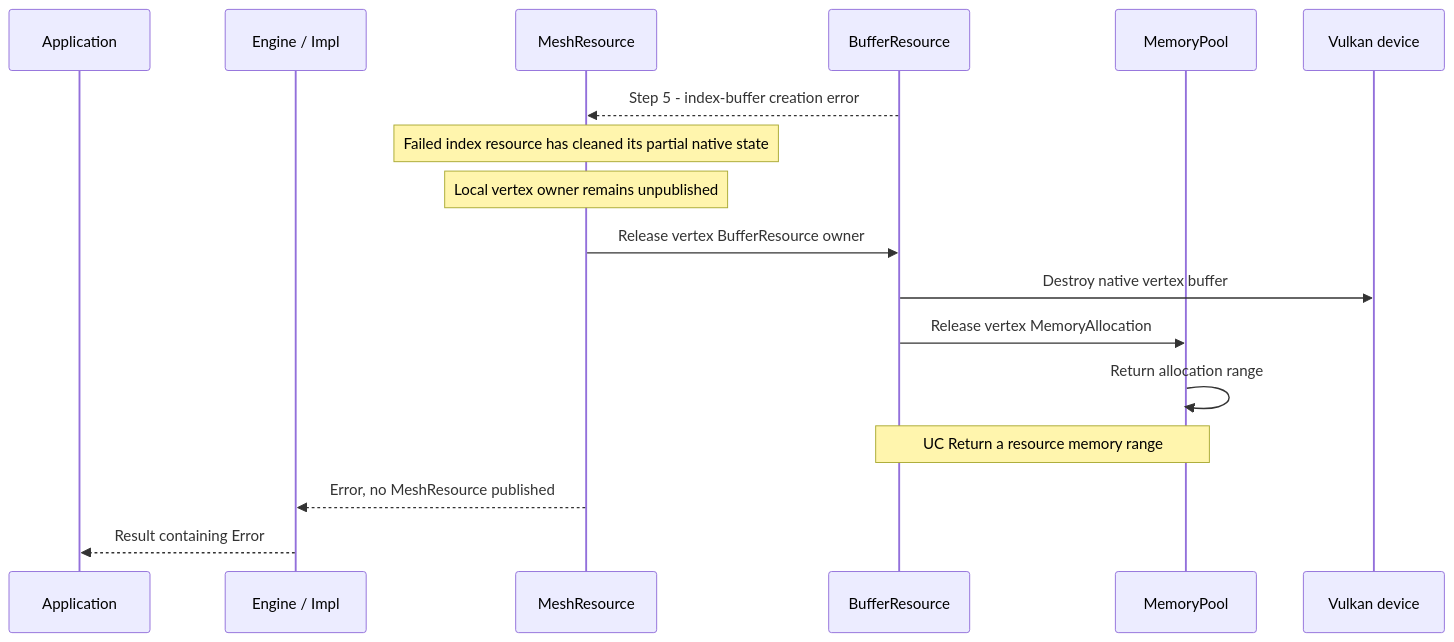
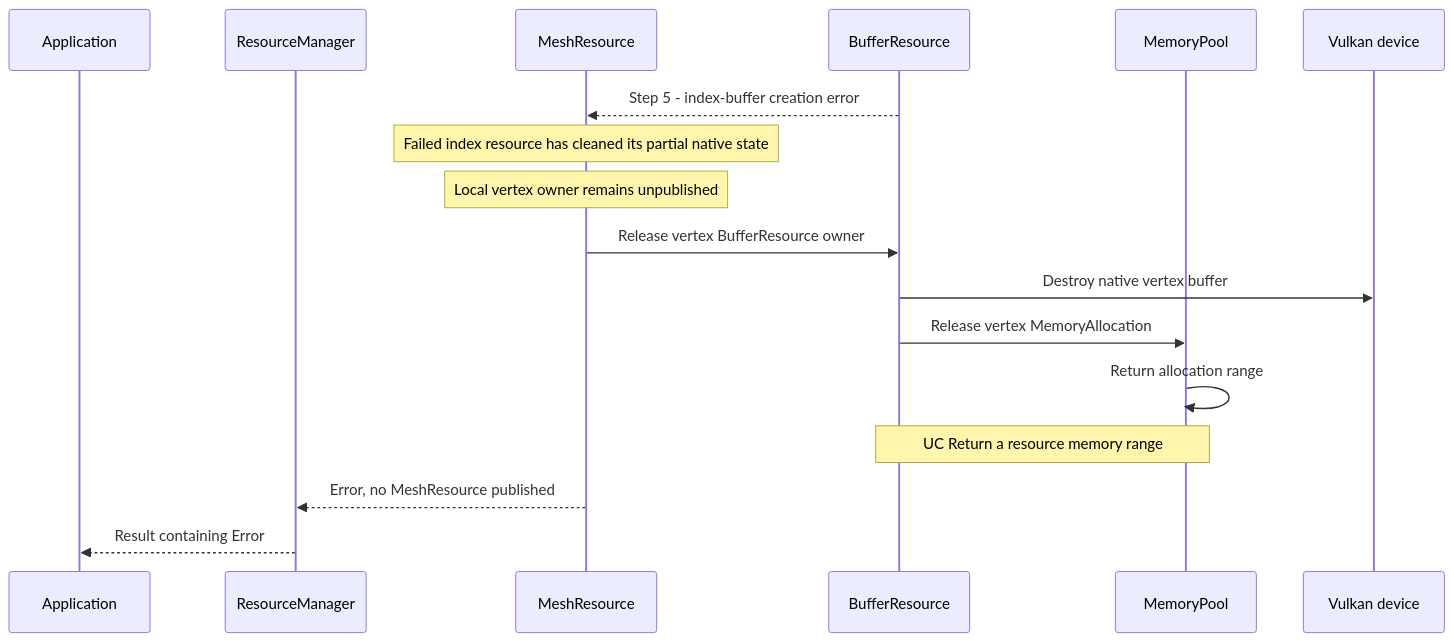
One commit to a-soltysik/Panda changed the second of 2 diagrams in docs/use-cases/create-mesh.md. Above: the diagram before and after it, drawn with Mermaid. The commit also changed other lines of this file and 22 other files, not shown here.

Commit message:
Remove resource and submission callbacks into Engine (#123)

````diff
--- a/docs/use-cases/create-mesh.md
+++ b/docs/use-cases/create-mesh.md
@@ -150,19 +148,19 @@
 ```mermaid
 sequenceDiagram
     participant A as Application
-    participant C as Engine / Impl
+    participant C as ResourceManager
     participant M as MeshResource
     participant B as BufferResource
     participant P as MemoryPool
     participant V as Vulkan device
     B -->> M: Step 5 - index-buffer creation error
     Note over M: Failed index resource has cleaned its partial native state
     Note over M: Local vertex owner remains unpublished
     M ->> B: Release vertex BufferResource owner
     B ->> V: Destroy native vertex buffer
     B ->> P: Release vertex MemoryAllocation
     P ->> P: Return allocation range
     Note over B,P: UC Return a resource memory range
     M -->> C: Error, no MeshResource published
     C -->> A: Result containing Error
 ```
````
